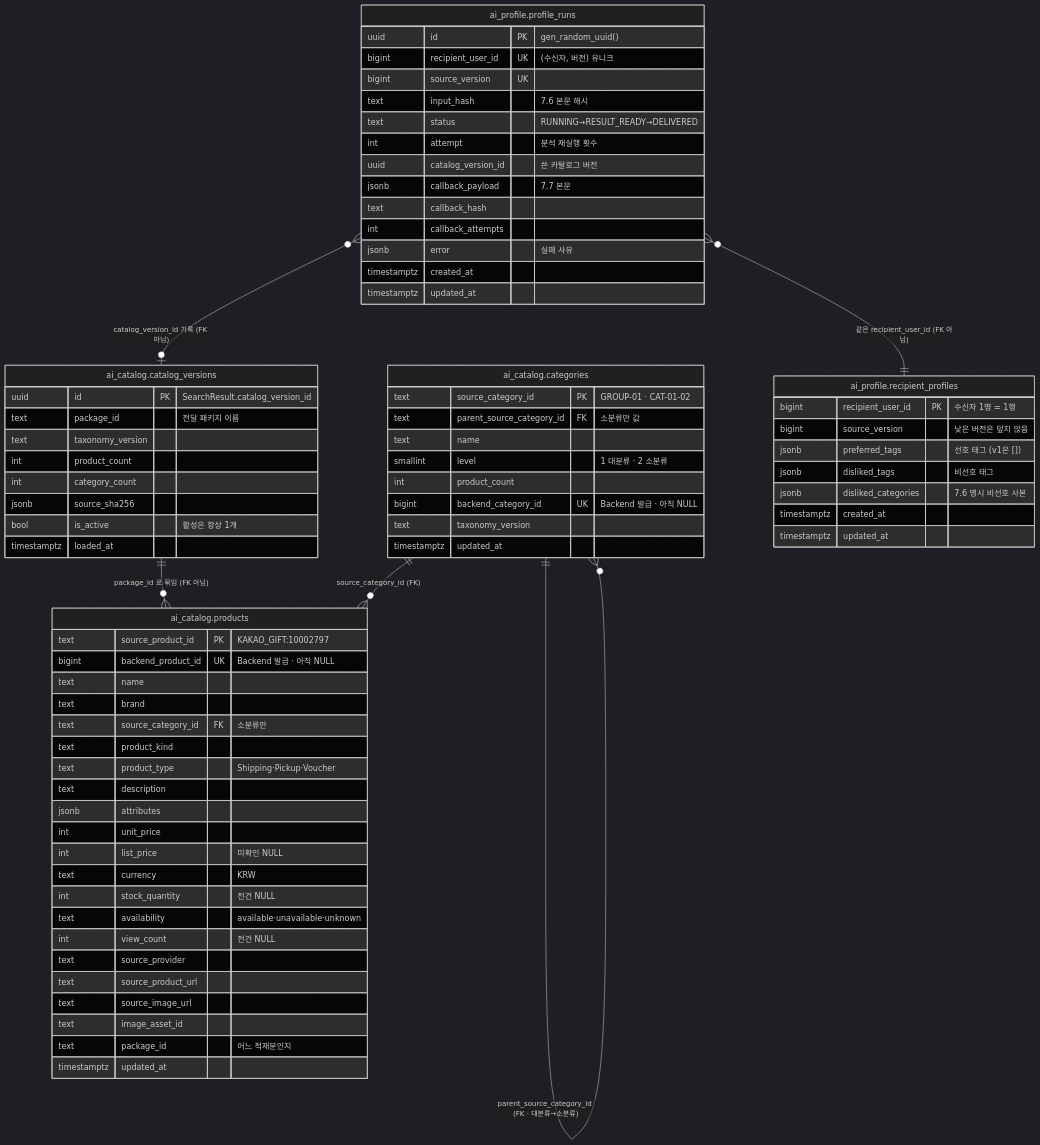
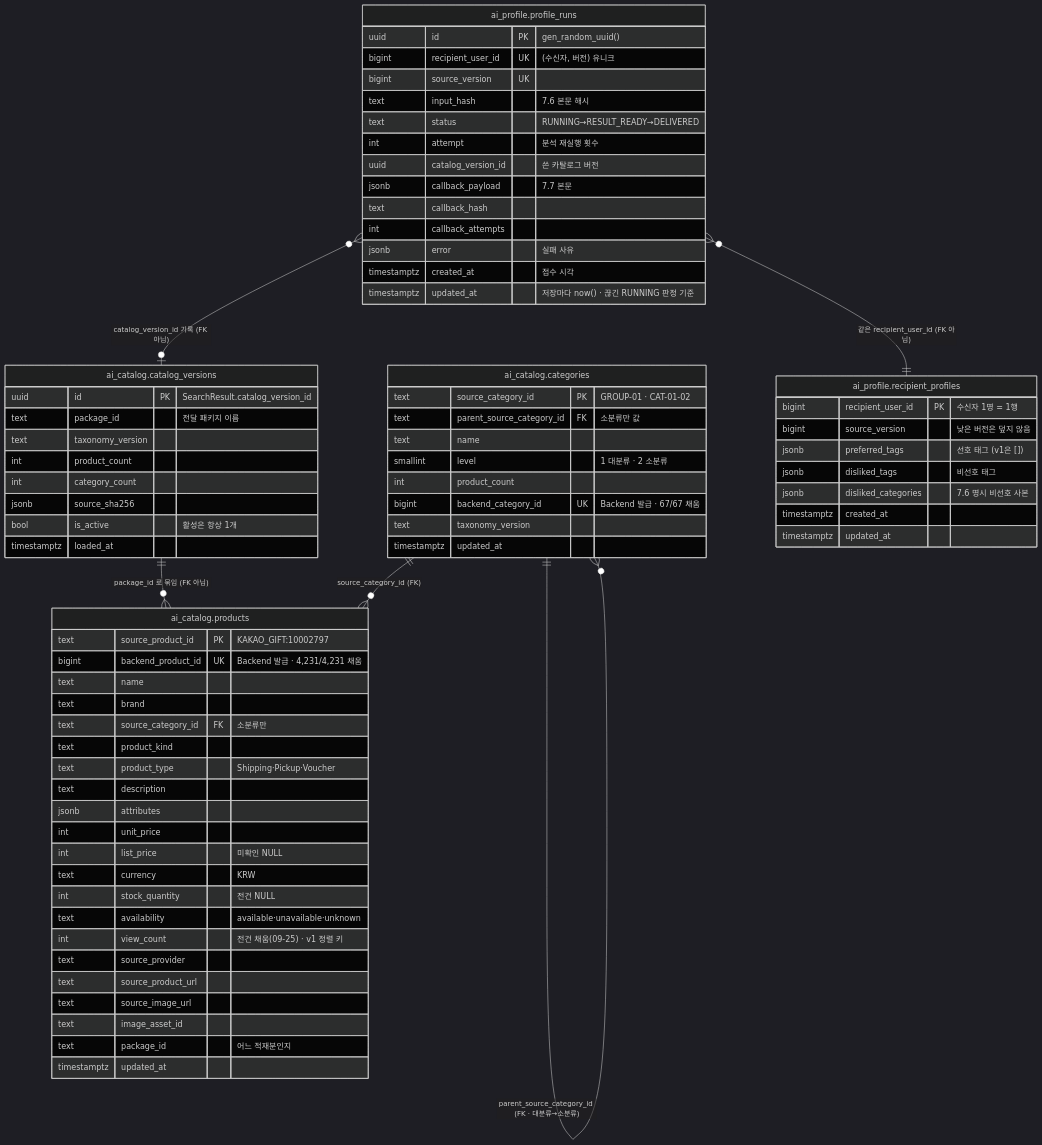
Before and after one commit to 100-hours-a-week/KTB4-12th-AI: the first of 2 diagrams in profiling/docs/DB_ERD.md, drawn with Mermaid (dark theme). The commit also changed other lines of this file and 7 other files, not shown here.

First line of the commit message:
fix(profiling): ERD 점검 ①~⑤ — 0004 열 주석 정정 · updated_at 역할 · 09-25 회신 반영 누락

````diff
--- a/profiling/docs/DB_ERD.md
+++ b/profiling/docs/DB_ERD.md
@@ -22,76 +22,76 @@
 ```mermaid
 erDiagram
   "ai_catalog.catalog_versions" ||--o{ "ai_catalog.products" : "package_id 로 묶임 (FK 아님)"
   "ai_catalog.categories" ||--o{ "ai_catalog.products" : "source_category_id (FK)"
   "ai_catalog.categories" ||--o{ "ai_catalog.categories" : "parent_source_category_id (FK · 대분류→소분류)"
   "ai_profile.profile_runs" }o--|| "ai_profile.recipient_profiles" : "같은 recipient_user_id (FK 아님)"
   "ai_profile.profile_runs" }o--o| "ai_catalog.catalog_versions" : "catalog_version_id 기록 (FK 아님)"
 
   "ai_profile.recipient_profiles" {
     bigint recipient_user_id PK "수신자 1명 = 1행"
     bigint source_version "낮은 버전은 덮지 않음"
     jsonb preferred_tags "선호 태그 (v1은 [])"
     jsonb disliked_tags "비선호 태그"
     jsonb disliked_categories "7.6 명시 비선호 사본"
     timestamptz created_at
     timestamptz updated_at
   }
   "ai_profile.profile_runs" {
     uuid id PK "gen_random_uuid()"
     bigint recipient_user_id UK "(수신자, 버전) 유니크"
     bigint source_version UK
     text input_hash "7.6 본문 해시"
     text status "RUNNING→RESULT_READY→DELIVERED"
     int attempt "분석 재실행 횟수"
     uuid catalog_version_id "쓴 카탈로그 버전"
     jsonb callback_payload "7.7 본문"
     text callback_hash
     int callback_attempts
     jsonb error "실패 사유"
-    timestamptz created_at
-    timestamptz updated_at
+    timestamptz created_at "접수 시각"
+    timestamptz updated_at "저장마다 now() · 끊긴 RUNNING 판정 기준"
   }
   "ai_catalog.catalog_versions" {
     uuid id PK "SearchResult.catalog_version_id"
     text package_id "전달 패키지 이름"
     text taxonomy_version
     int product_count
     int category_count
     jsonb source_sha256
     bool is_active "활성은 항상 1개"
     timestamptz loaded_at
   }
   "ai_catalog.categories" {
     text source_category_id PK "GROUP-01 · CAT-01-02"
     text parent_source_category_id FK "소분류만 값"
     text name
     smallint level "1 대분류 · 2 소분류"
     int product_count
-    bigint backend_category_id UK "Backend 발급 · 아직 NULL"
+    bigint backend_category_id UK "Backend 발급 · 67/67 채움"
     text taxonomy_version
     timestamptz updated_at
   }
   "ai_catalog.products" {
     text source_product_id PK "KAKAO_GIFT:10002797"
-    bigint backend_product_id UK "Backend 발급 · 아직 NULL"
+    bigint backend_product_id UK "Backend 발급 · 4,231/4,231 채움"
     text name
     text brand
     text source_category_id FK "소분류만"
     text product_kind
     text product_type "Shipping·Pickup·Voucher"
     text description
     jsonb attributes
     int unit_price
     int list_price "미확인 NULL"
     text currency "KRW"
     int stock_quantity "전건 NULL"
     text availability "available·unavailable·unknown"
-    int view_count "전건 NULL"
+    int view_count "전건 채움(09-25) · v1 정렬 키"
     text source_provider
     text source_product_url
     text source_image_url
     text image_asset_id
     text package_id "어느 적재분인지"
     timestamptz updated_at
   }
 ```
````
